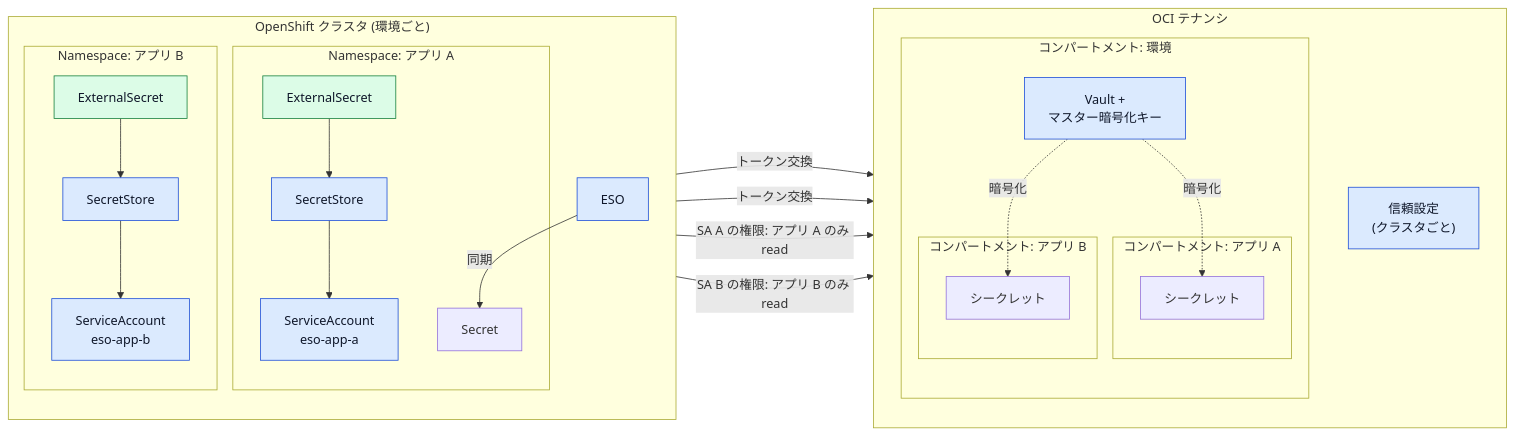
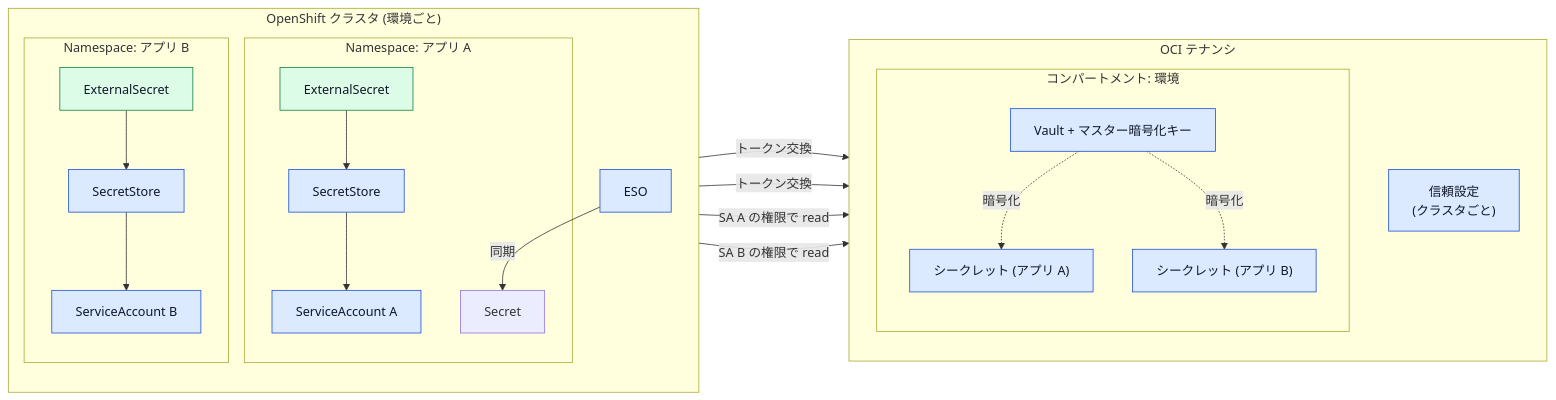
Before and after one commit to akudo-rh/eso-secret-management: the ninth of 9 diagrams in README.md, drawn with Mermaid. The commit also changed other lines of this file and 1 other file, not shown here.

First line of the commit message:
README: 目次を追加、重複を整理 (旧 7 章・利用料・6.1 の図・6.3 将来案を削除)、アプリ別コンパートメント前提を見直し

````diff
--- a/README.md
+++ b/README.md
@@ -385,39 +352,35 @@
 ```mermaid
 flowchart LR
   subgraph OCP["OpenShift クラスタ (環境ごと)"]
     direction TB
     ESO["ESO"]
     subgraph NSA["Namespace: アプリ A"]
-      ESA["ExternalSecret"] --> SSA["SecretStore"] --> SAA["ServiceAccount<br/>eso-app-a"]
+      ESA["ExternalSecret"] --> SSA["SecretStore"] --> SAA["ServiceAccount A"]
       SECA["Secret"]
     end
     subgraph NSB["Namespace: アプリ B"]
-      ESB["ExternalSecret"] --> SSB["SecretStore"] --> SAB["ServiceAccount<br/>eso-app-b"]
+      ESB["ExternalSecret"] --> SSB["SecretStore"] --> SAB["ServiceAccount B"]
     end
   end
   subgraph OCI["OCI テナンシ"]
     direction TB
     TRUST["信頼設定<br/>(クラスタごと)"]
     subgraph CENV["コンパートメント: 環境"]
       direction TB
-      VAULT["Vault +<br/>マスター暗号化キー"]
-      subgraph CA["コンパートメント: アプリ A"]
-        SEC_A["シークレット"]
-      end
-      subgraph CB["コンパートメント: アプリ B"]
-        SEC_B["シークレット"]
-      end
+      VAULT["Vault + マスター暗号化キー"]
+      SEC_A["シークレット (アプリ A)"]
+      SEC_B["シークレット (アプリ B)"]
     end
   end
   SAA -- "トークン交換" --> TRUST
   SAB -- "トークン交換" --> TRUST
-  ESO -- "SA A の権限: アプリ A のみ read" --> SEC_A
-  ESO -- "SA B の権限: アプリ B のみ read" --> SEC_B
+  ESO -- "SA A の権限で read" --> SEC_A
+  ESO -- "SA B の権限で read" --> SEC_B
   ESO -- "同期" --> SECA
   VAULT -. "暗号化" .-> SEC_A
   VAULT -. "暗号化" .-> SEC_B
   classDef pf fill:#dbeafe,stroke:#1d4ed8,color:#0f172a
   classDef app fill:#dcfce7,stroke:#15803d,color:#0f172a
-  class ESO,SSA,SSB,SAA,SAB,TRUST,VAULT pf
+  class ESO,SSA,SSB,SAA,SAB,TRUST,VAULT,SEC_A,SEC_B pf
   class ESA,ESB app
 ```
````
